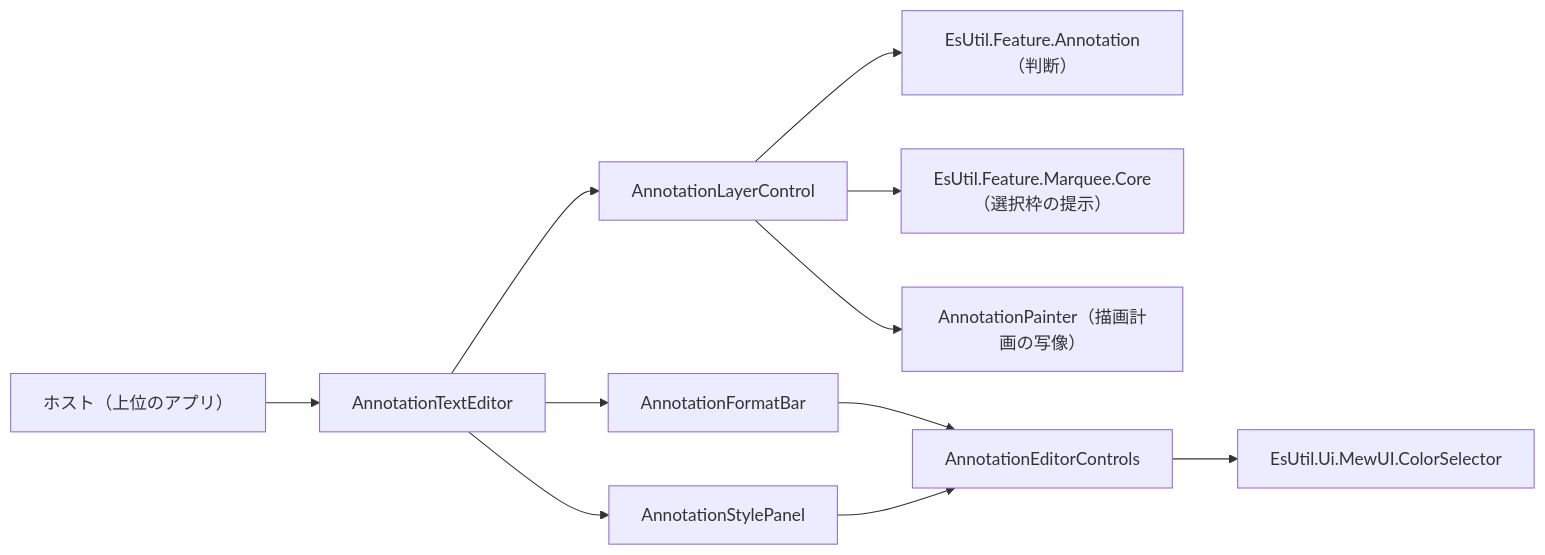
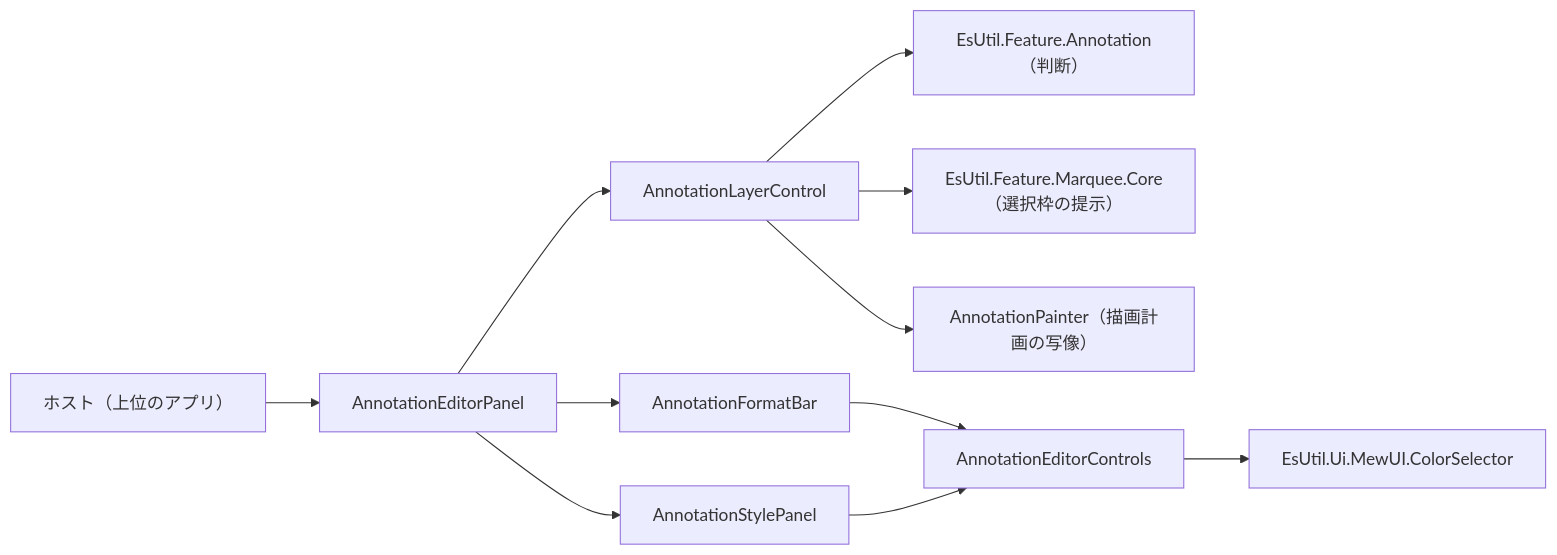
Before and after one commit to tomokuni/EsUtil: the diagram in EsUtil.Ui.MewUI/Annotation/docs/SPEC_System.md, drawn with Mermaid. The commit also changed other lines of this file and 76 other files, not shown here.

````diff
--- a/EsUtil.Ui.MewUI/Annotation/docs/SPEC_System.md
+++ b/EsUtil.Ui.MewUI/Annotation/docs/SPEC_System.md
@@ -38,13 +38,13 @@
 ```mermaid
 flowchart LR
-    Host["ホスト（上位のアプリ）"] --> Editor["AnnotationTextEditor"]
+    Host["ホスト（上位のアプリ）"] --> Editor["AnnotationEditorPanel"]
     Editor --> Layer["AnnotationLayerControl"]
     Editor --> Bar["AnnotationFormatBar"]
     Editor --> Panel["AnnotationStylePanel"]
     Layer --> Core["EsUtil.Feature.Annotation（判断）"]
     Layer --> Marquee["EsUtil.Feature.Marquee.Core（選択枠の提示）"]
     Layer --> Painter["AnnotationPainter（描画計画の写像）"]
     Bar --> Controls["AnnotationEditorControls"]
     Panel --> Controls
     Controls --> Selector["EsUtil.Ui.MewUI.ColorSelector"]
 ```
````
